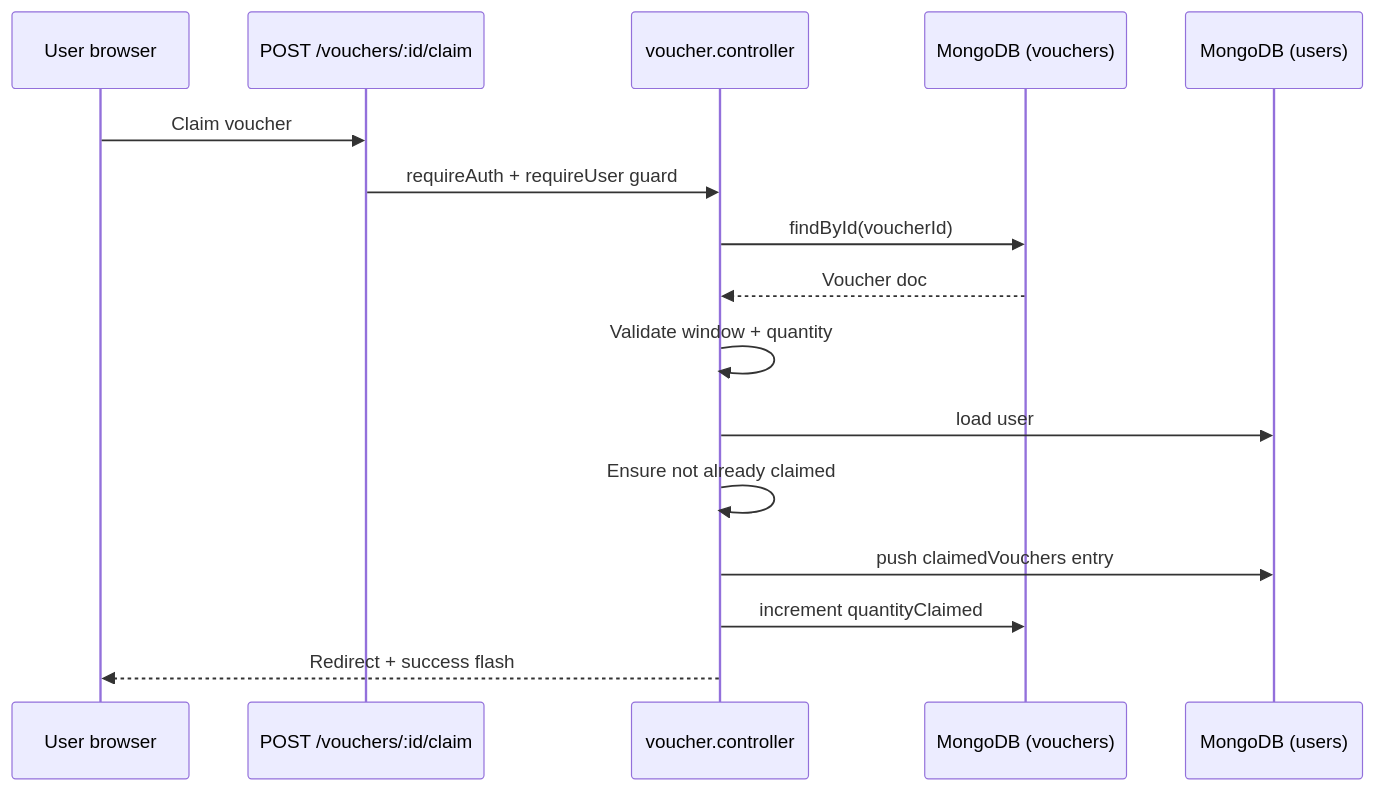
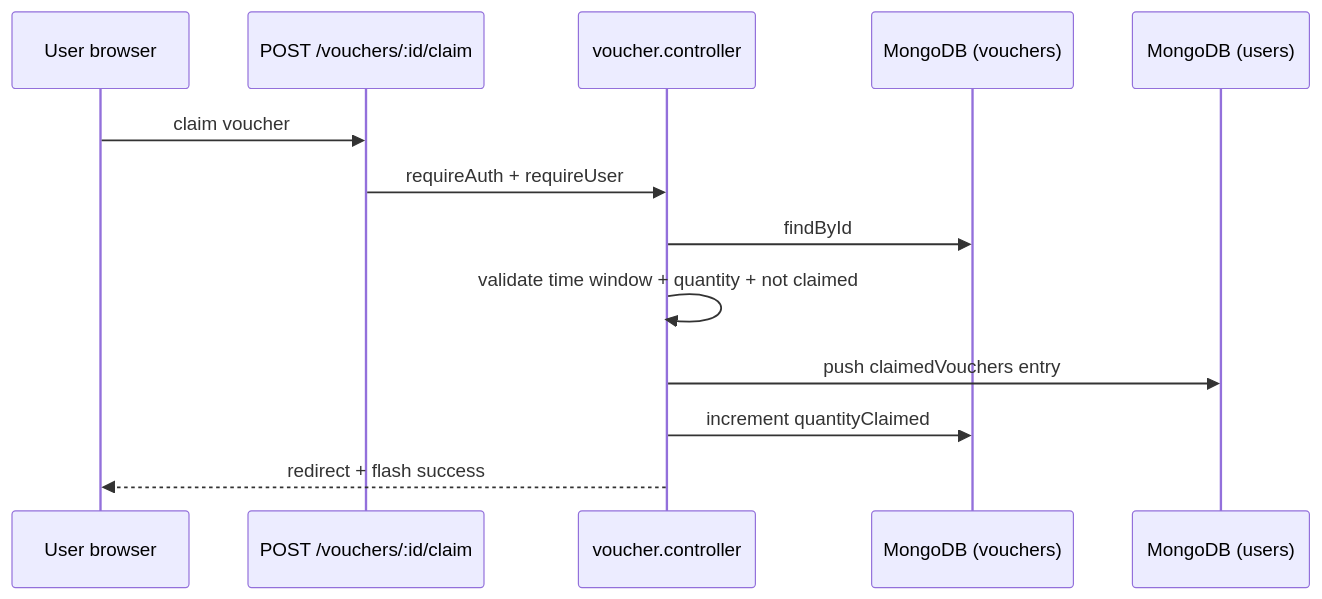
The seventh of 8 diagrams in docs/system-architecture.md (tamnguyen0K/voucher-management-system), drawn with Mermaid before and after one commit. The commit also changed other lines of this file, not shown here.

Commit message:
Updated system architecture documentation to reflect current implementation.

````diff
--- a/docs/system-architecture.md
+++ b/docs/system-architecture.md
@@ -190,18 +245,15 @@
 ```mermaid
 sequenceDiagram
     participant U as User browser
     participant VR as POST /vouchers/:id/claim
     participant VC as voucher.controller
     participant VDB as MongoDB (vouchers)
     participant UDB as MongoDB (users)
-    U->>VR: Claim voucher
-    VR->>VC: requireAuth + requireUser guard
-    VC->>VDB: findById(voucherId)
-    VDB-->>VC: Voucher doc
-    VC->>VC: Validate window + quantity
-    VC->>UDB: load user
-    VC->>VC: Ensure not already claimed
+    U->>VR: claim voucher
+    VR->>VC: requireAuth + requireUser
+    VC->>VDB: findById
+    VC->>VC: validate time window + quantity + not claimed
     VC->>UDB: push claimedVouchers entry
     VC->>VDB: increment quantityClaimed
-    VC-->>U: Redirect + success flash
+    VC-->>U: redirect + flash success
 ```
````
